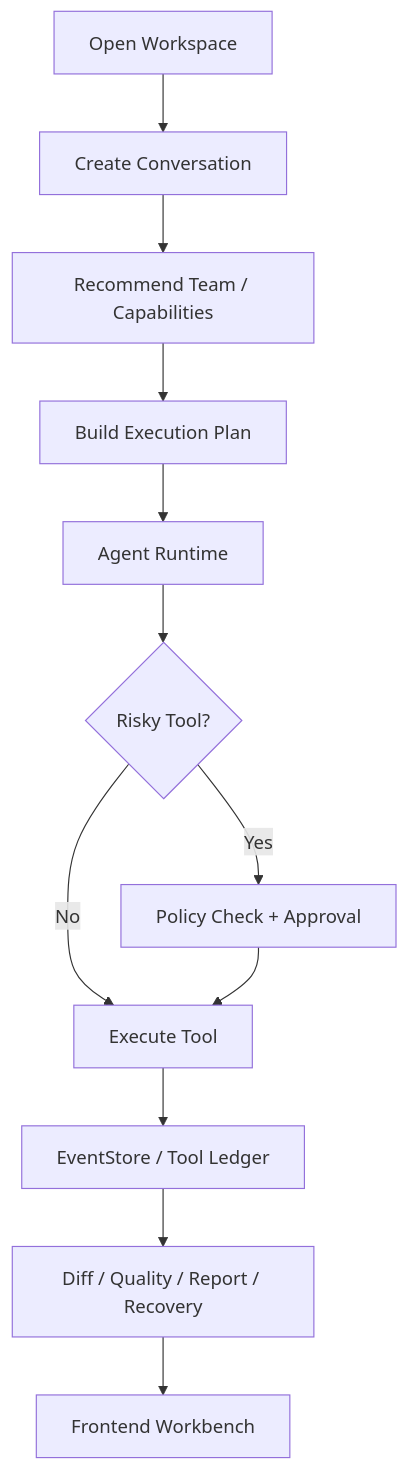
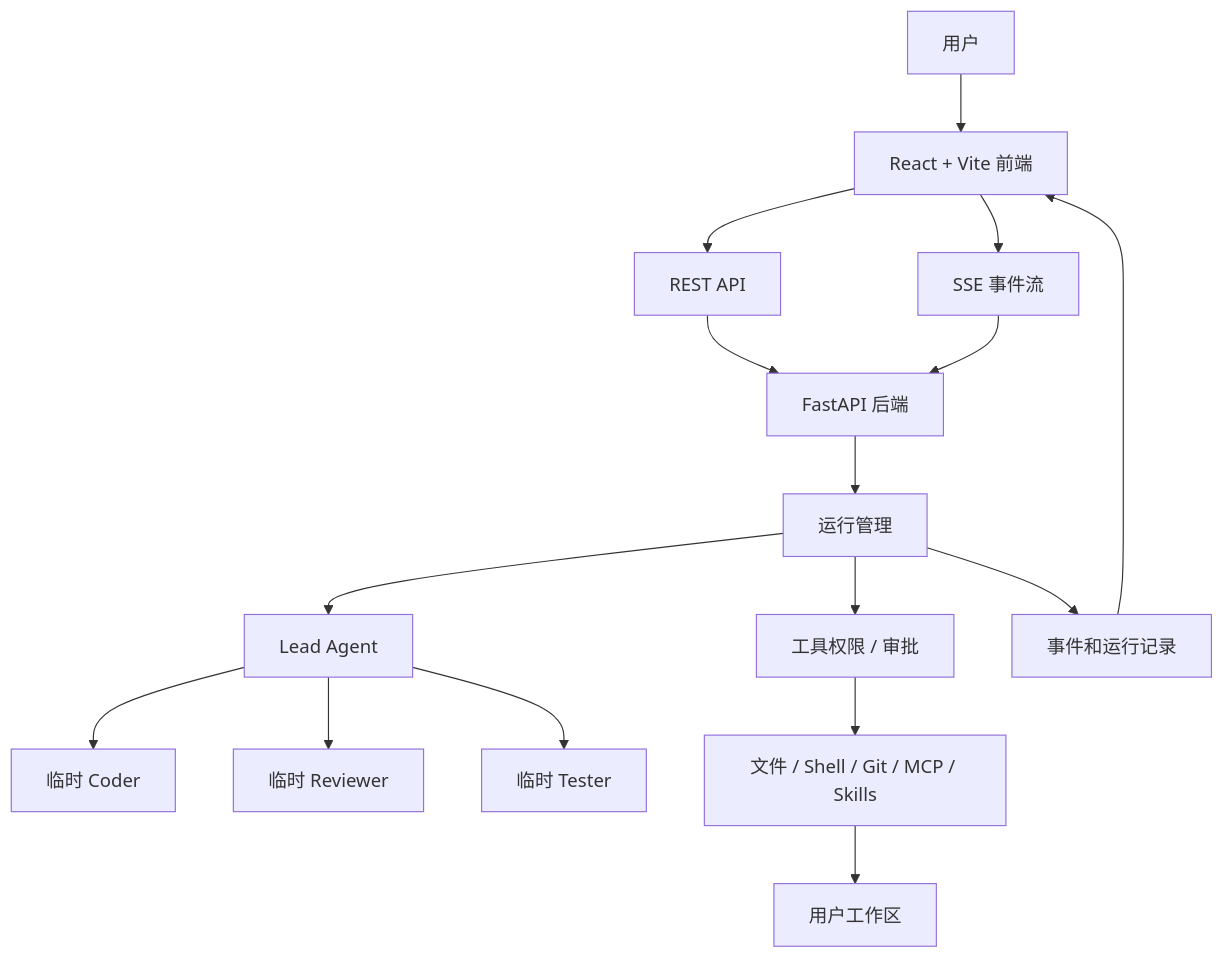
Before and after one commit to MagicalLiHua/nanoCursor: the diagram in README.md, drawn with Mermaid. The commit also changed other lines of this file and 243 other files, not shown here.

````diff
--- a/README.md
+++ b/README.md
@@ -66,14 +113,18 @@
 ```mermaid
 flowchart TD
-    A["Open Workspace"] --> B["Create Conversation"]
-    B --> C["Recommend Team / Capabilities"]
-    C --> D["Build Execution Plan"]
-    D --> E["Agent Runtime"]
-    E --> F{"Risky Tool?"}
-    F -- "Yes" --> G["Policy Check + Approval"]
-    F -- "No" --> H["Execute Tool"]
-    G --> H
-    H --> I["EventStore / Tool Ledger"]
-    I --> J["Diff / Quality / Report / Recovery"]
-    J --> K["Frontend Workbench"]
+    User["用户"] --> Frontend["React + Vite 前端"]
+    Frontend --> REST["REST API"]
+    Frontend --> SSE["SSE 事件流"]
+    REST --> API["FastAPI 后端"]
+    SSE --> API
+    API --> RunManager["运行管理"]
+    RunManager --> Lead["Lead Agent"]
+    Lead --> Coder["临时 Coder"]
+    Lead --> Reviewer["临时 Reviewer"]
+    Lead --> Tester["临时 Tester"]
+    RunManager --> Policy["工具权限 / 审批"]
+    Policy --> Tools["文件 / Shell / Git / MCP / Skills"]
+    Tools --> Workspace["用户工作区"]
+    RunManager --> Store["事件和运行记录"]
+    Store --> Frontend
 ```
````
